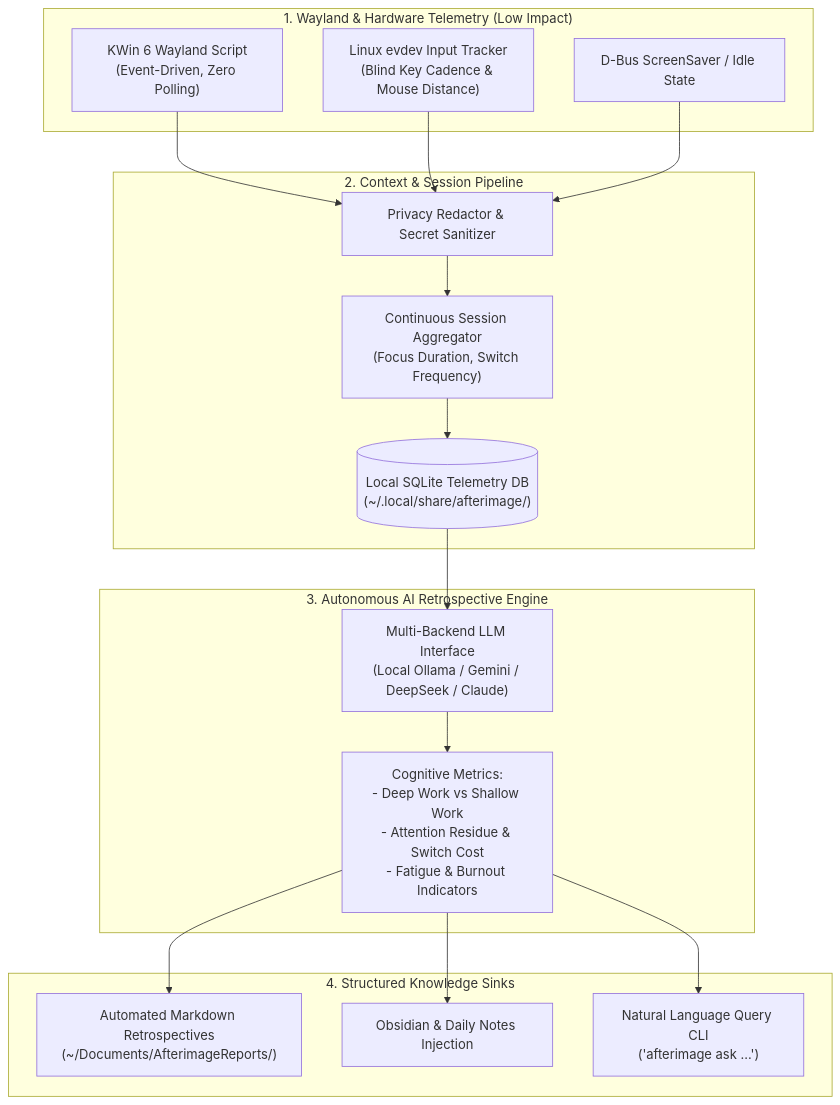
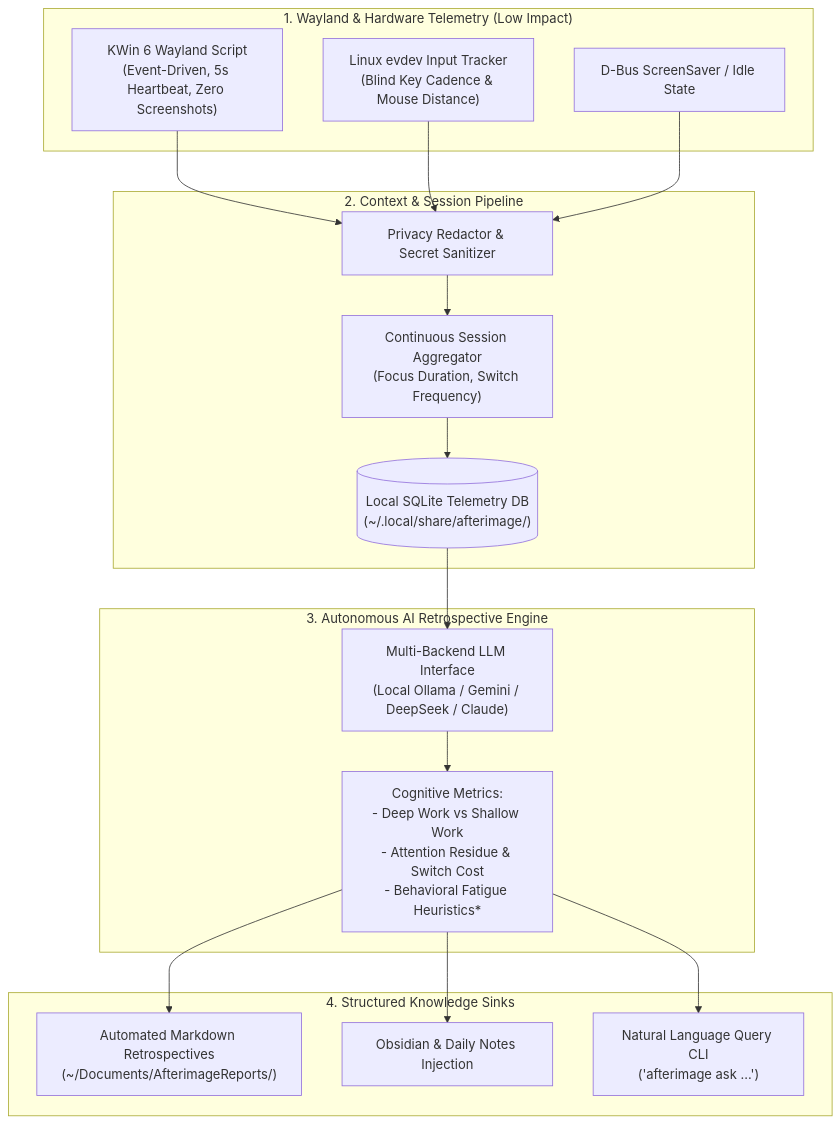
The diagram in README.md (lyf266/Afterimage), drawn with Mermaid before and after one commit. The commit also changed other lines of this file and 1 other file, not shown here.

````diff
--- a/README.md
+++ b/README.md
@@ -18,34 +18,34 @@
 ```mermaid
 flowchart TD
     subgraph Capture["1. Wayland & Hardware Telemetry (Low Impact)"]
-        KWin["KWin 6 Wayland Script<br/>(Event-Driven, Zero Polling)"]
+        KWin["KWin 6 Wayland Script<br/>(Event-Driven, 5s Heartbeat, Zero Screenshots)"]
         Input["Linux evdev Input Tracker<br/>(Blind Key Cadence & Mouse Distance)"]
         Dbus["D-Bus ScreenSaver / Idle State"]
     end
 
     subgraph Aggregation["2. Context & Session Pipeline"]
         Filter["Privacy Redactor & Secret Sanitizer"]
         Sessions["Continuous Session Aggregator<br/>(Focus Duration, Switch Frequency)"]
         DB[("Local SQLite Telemetry DB<br/>(~/.local/share/afterimage/)")]
     end
 
     subgraph AI["3. Autonomous AI Retrospective Engine"]
         Engine["Multi-Backend LLM Interface<br/>(Local Ollama / Gemini / DeepSeek / Claude)"]
-        Cognitive["Cognitive Metrics:<br/>- Deep Work vs Shallow Work<br/>- Attention Residue & Switch Cost<br/>- Fatigue & Burnout Indicators"]
+        Cognitive["Cognitive Metrics:<br/>- Deep Work vs Shallow Work<br/>- Attention Residue & Switch Cost<br/>- Behavioral Fatigue Heuristics*"]
     end
 
     subgraph Output["4. Structured Knowledge Sinks"]
         MD["Automated Markdown Retrospectives<br/>(~/Documents/AfterimageReports/)"]
         Obsidian["Obsidian & Daily Notes Injection"]
         CLI["Natural Language Query CLI<br/>('afterimage ask ...')"]
     end
 
     KWin --> Filter
     Input --> Filter
     Dbus --> Filter
     Filter --> Sessions --> DB
     DB --> Engine --> Cognitive
     Cognitive --> MD
     Cognitive --> Obsidian
     Cognitive --> CLI
 ```
````
